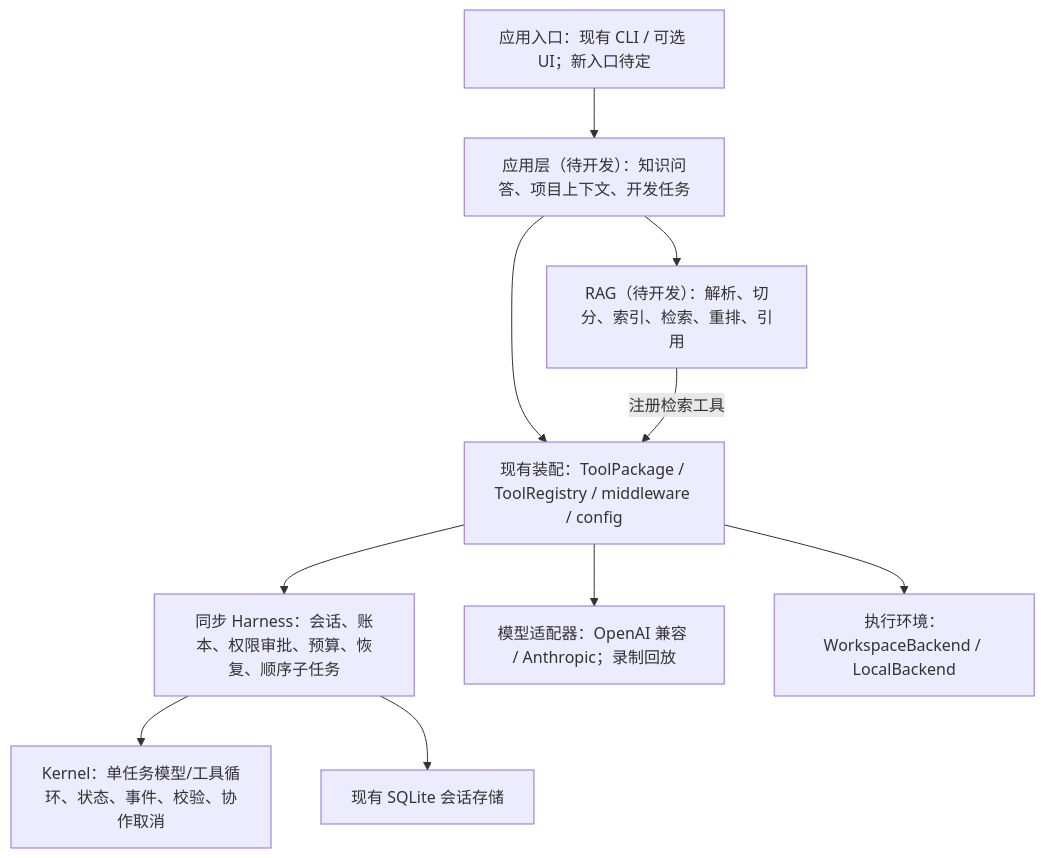
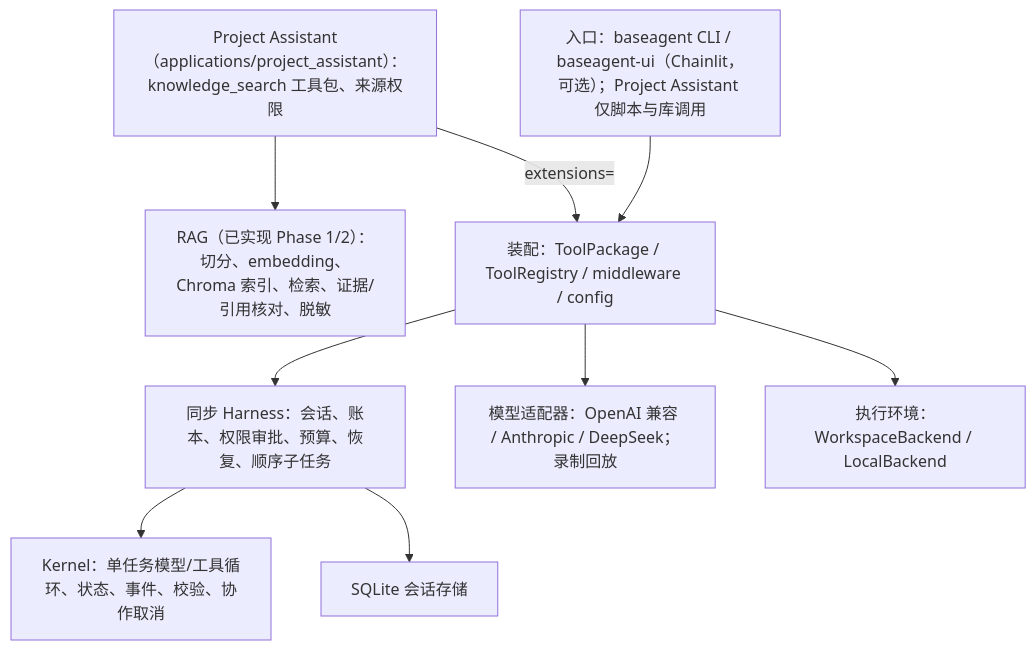
Before and after one commit to TinyPandar/BaseAgent: the diagram in DEVELOPMENT_HANDOFF.md, drawn with Mermaid. The commit also changed other lines of this file and 2 other files, not shown here.

First line of the commit message:
Add Phase 3 plan, refresh development handoff, and add README quick start

````diff
--- a/DEVELOPMENT_HANDOFF.md
+++ b/DEVELOPMENT_HANDOFF.md
@@ -19,21 +19,20 @@
 ```mermaid
 flowchart TB
-    Entry["应用入口：现有 CLI / 可选 UI；新入口待定"]
-    App["应用层（待开发）：知识问答、项目上下文、开发任务"]
-    RAG["RAG（待开发）：解析、切分、索引、检索、重排、引用"]
-    Assembly["现有装配：ToolPackage / ToolRegistry / middleware / config"]
+    Entry["入口：baseagent CLI / baseagent-ui（Chainlit，可选）；Project Assistant 仅脚本与库调用"]
+    App["Project Assistant（applications/project_assistant）：knowledge_search 工具包、来源权限"]
+    RAG["RAG（已实现 Phase 1/2）：切分、embedding、Chroma 索引、检索、证据/引用核对、脱敏"]
+    Assembly["装配：ToolPackage / ToolRegistry / middleware / config"]
     Harness["同步 Harness：会话、账本、权限审批、预算、恢复、顺序子任务"]
     Kernel["Kernel：单任务模型/工具循环、状态、事件、校验、协作取消"]
-    LLM["模型适配器：OpenAI 兼容 / Anthropic；录制回放"]
+    LLM["模型适配器：OpenAI 兼容 / Anthropic / DeepSeek；录制回放"]
     Backend["执行环境：WorkspaceBackend / LocalBackend"]
-    Store["现有 SQLite 会话存储"]
-    Entry --> App
+    Store["SQLite 会话存储"]
+    Entry --> Assembly
     App --> RAG
-    App --> Assembly
-    RAG -->|注册检索工具| Assembly
+    App -->|extensions=| Assembly
     Assembly --> Harness
     Harness --> Kernel
     Harness --> Store
     Assembly --> LLM
     Assembly --> Backend
 ```
````
